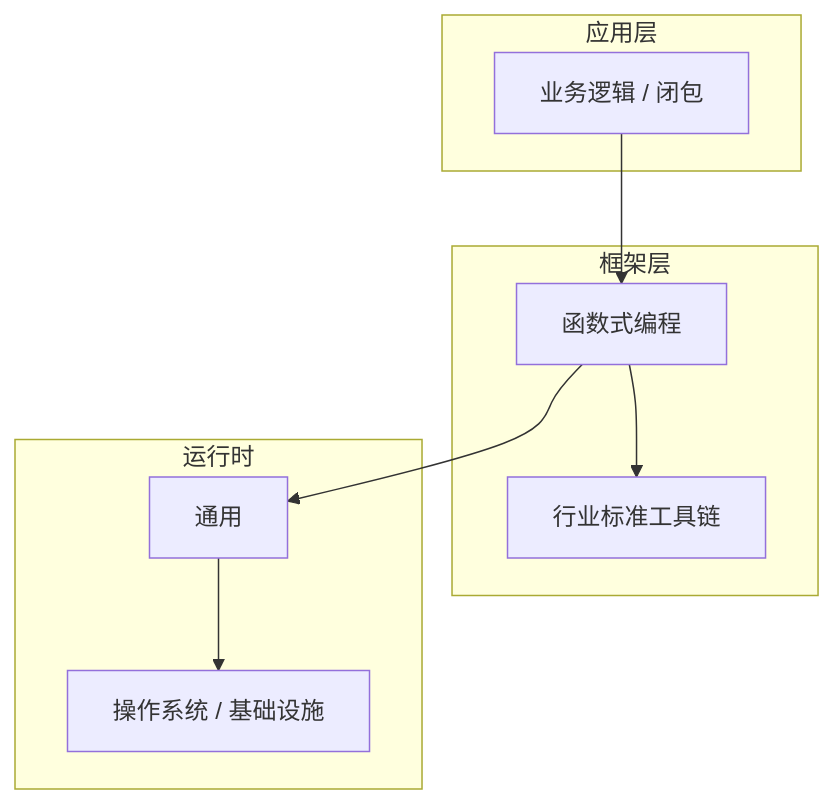
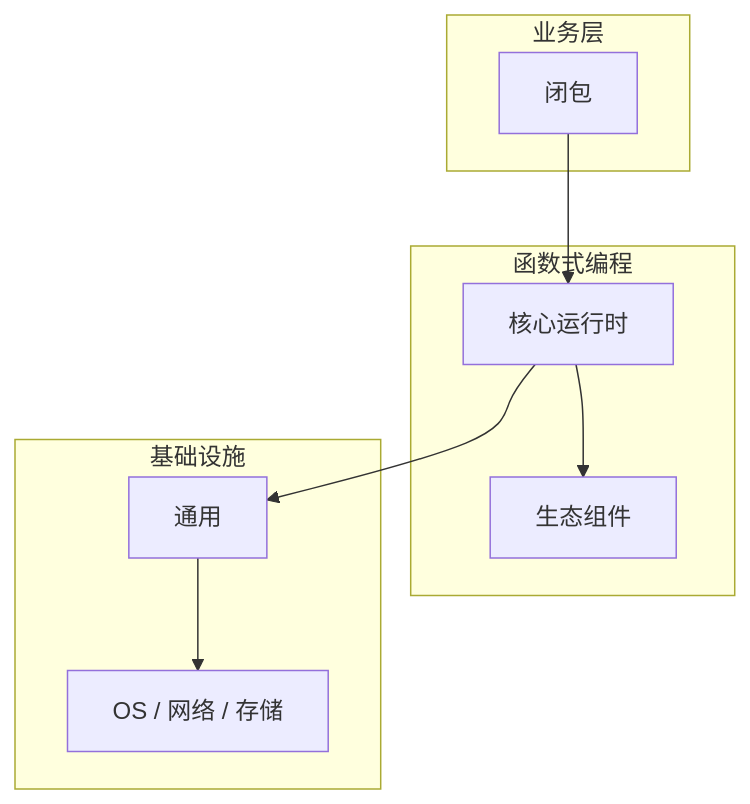
Before and after one commit to yanggan2015/knowledge-json-v2: the diagram in articles/函数式编程/chapters/025-闭包核心概念与原理.md, drawn with Mermaid. The commit also changed other lines of this file and 10127 other files, not shown here.

````diff
--- a/articles/函数式编程/chapters/025-闭包核心概念与原理.md
+++ b/articles/函数式编程/chapters/025-闭包核心概念与原理.md
@@ -45,18 +34,18 @@
 ```mermaid
 graph TB
-    subgraph 应用层
-        A[业务逻辑 / 闭包]
+    subgraph 业务层
+        A[闭包]
     end
-    subgraph 框架层
-        B[函数式编程]
-        C[行业标准工具链]
+    subgraph 函数式编程
+        B[核心运行时]
+        C[生态组件]
     end
-    subgraph 运行时
+    subgraph 基础设施
         D[通用]
-        E[操作系统 / 基础设施]
+        E[OS / 网络 / 存储]
     end
     A --> B
     B --> C
     B --> D
     D --> E
 ```
````
